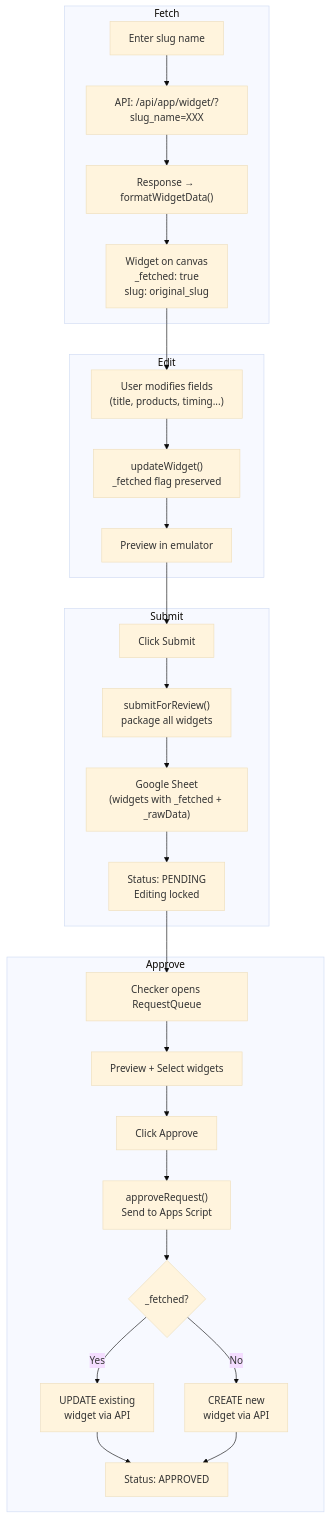
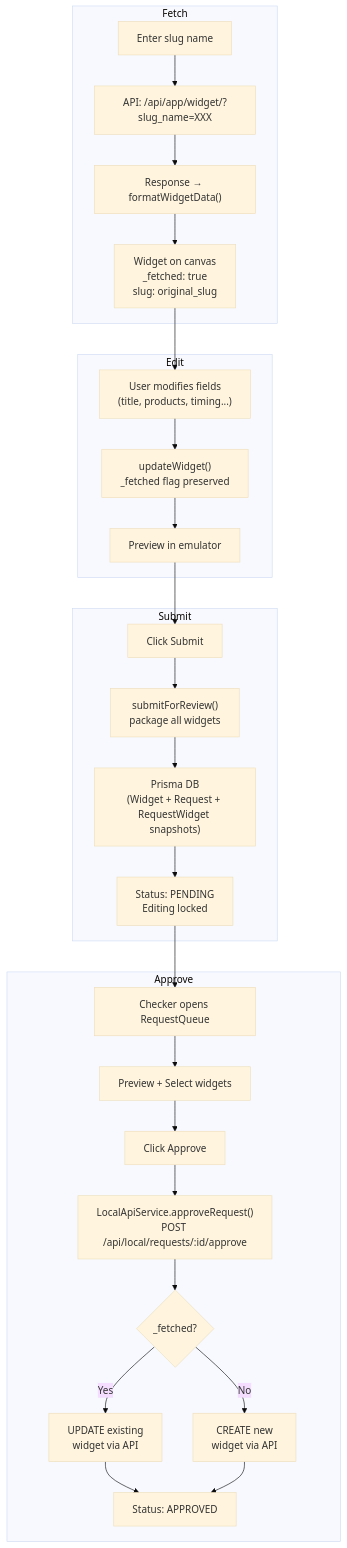
One commit to satyamgupta1312/Optimus changed the second of 3 diagrams in wiki/Feature-Maker-Checker.md. Above: the diagram before and after it, drawn with Mermaid (base theme). The commit also changed other lines of this file and 1 other file, not shown here.

First line of the commit message:
docs+config: complete Maker-Checker update for Prisma backend

````diff
--- a/wiki/Feature-Maker-Checker.md
+++ b/wiki/Feature-Maker-Checker.md
@@ -245,33 +245,33 @@
 ```mermaid
 flowchart TD
     subgraph Fetch
         F1["Enter slug name"] --> F2["API: /api/app/widget/?slug_name=XXX"]
         F2 --> F3["Response → formatWidgetData()"]
         F3 --> F4["Widget on canvas\n_fetched: true\nslug: original_slug"]
     end
 
     subgraph Edit
         F4 --> E1["User modifies fields\n(title, products, timing...)"]
         E1 --> E2["updateWidget()\n_fetched flag preserved"]
         E2 --> E3["Preview in emulator"]
     end
 
     subgraph Submit
         E3 --> S1["Click Submit"]
         S1 --> S2["submitForReview()\npackage all widgets"]
-        S2 --> S3["Google Sheet\n(widgets with _fetched + _rawData)"]
+        S2 --> S3["Prisma DB\n(Widget + Request + RequestWidget snapshots)"]
         S3 --> S4["Status: PENDING\nEditing locked"]
     end
 
     subgraph Approve
         S4 --> A1["Checker opens RequestQueue"]
         A1 --> A2["Preview + Select widgets"]
         A2 --> A3["Click Approve"]
-        A3 --> A4["approveRequest()\nSend to Apps Script"]
+        A3 --> A4["LocalApiService.approveRequest()\nPOST /api/local/requests/:id/approve"]
         A4 --> A5{"_fetched?"}
         A5 -->|Yes| A6["UPDATE existing\nwidget via API"]
         A5 -->|No| A7["CREATE new\nwidget via API"]
         A6 --> A8["Status: APPROVED"]
         A7 --> A8
     end
 ```
````
